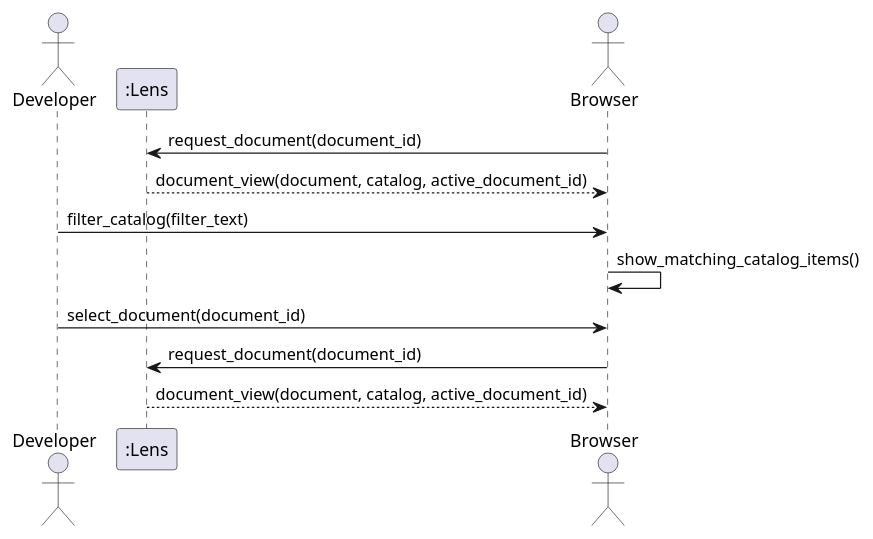
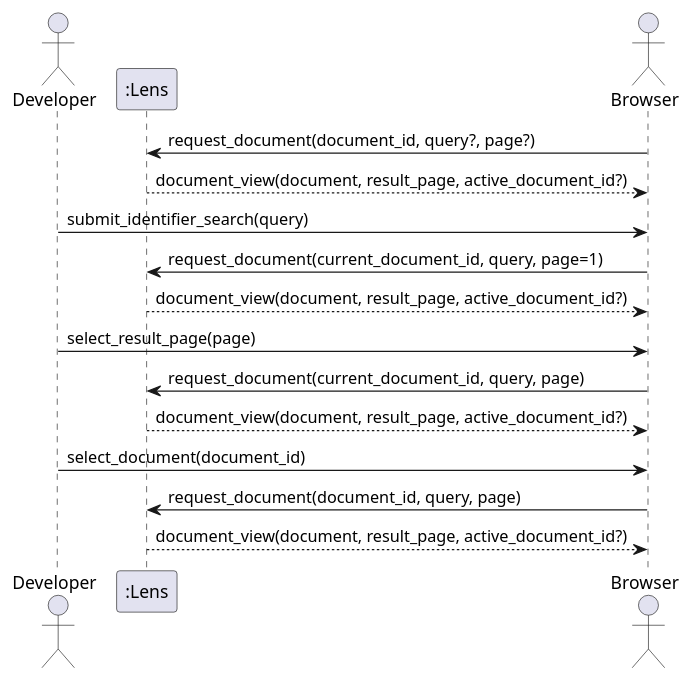
One commit to sirius-cc-wu/lens changed the diagram in docs/features/document-navigation-pane/ssd-03-browse-document-catalog.md. Above: the diagram before and after it, drawn with PlantUML. The commit also changed other lines of this file and 5 other files, not shown here.

````diff
--- a/docs/features/document-navigation-pane/ssd-03-browse-document-catalog.md
+++ b/docs/features/document-navigation-pane/ssd-03-browse-document-catalog.md
@@ -14,15 +13,19 @@
 ```plantuml
 @startuml
 actor Developer
 participant ":Lens" as Lens
 actor Browser
 
-Browser -> Lens: request_document(document_id)
-Lens --> Browser: document_view(document, catalog, active_document_id)
-Developer -> Browser: filter_catalog(filter_text)
-Browser -> Browser: show_matching_catalog_items()
+Browser -> Lens: request_document(document_id, query?, page?)
+Lens --> Browser: document_view(document, result_page, active_document_id?)
+Developer -> Browser: submit_identifier_search(query)
+Browser -> Lens: request_document(current_document_id, query, page=1)
+Lens --> Browser: document_view(document, result_page, active_document_id?)
+Developer -> Browser: select_result_page(page)
+Browser -> Lens: request_document(current_document_id, query, page)
+Lens --> Browser: document_view(document, result_page, active_document_id?)
 Developer -> Browser: select_document(document_id)
-Browser -> Lens: request_document(document_id)
-Lens --> Browser: document_view(document, catalog, active_document_id)
+Browser -> Lens: request_document(document_id, query, page)
+Lens --> Browser: document_view(document, result_page, active_document_id?)
 @enduml
 ```
````
